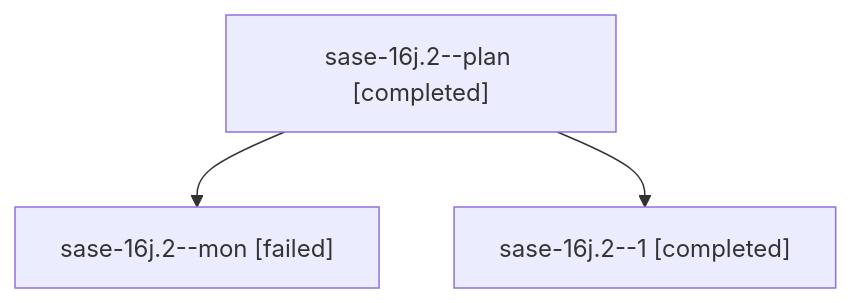
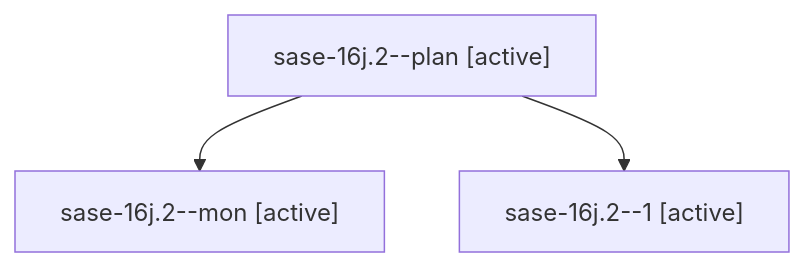
Before and after one commit to sase-org/sase--agents: the diagram in families/bbugyi200.athena.sase-16j.2.md, drawn with Mermaid. The commit also changed other lines of this file and 35830 other files, not shown here.

````diff
--- a/families/bbugyi200.athena.sase-16j.2.md
+++ b/families/bbugyi200.athena.sase-16j.2.md
@@ -9,8 +9,8 @@
 ```mermaid
 flowchart TD
-  n0["sase-16j.2--plan [completed]"]
-  n1["sase-16j.2--mon [failed]"]
+  n0["sase-16j.2--plan [active]"]
+  n1["sase-16j.2--mon [active]"]
   n0 --> n1
-  n2["sase-16j.2--1 [completed]"]
+  n2["sase-16j.2--1 [active]"]
   n0 --> n2
 ```
````
